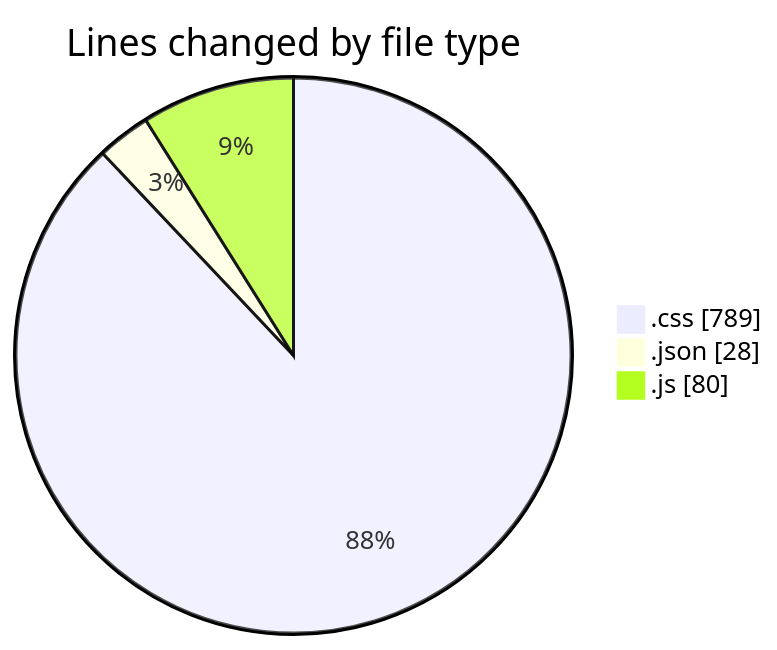
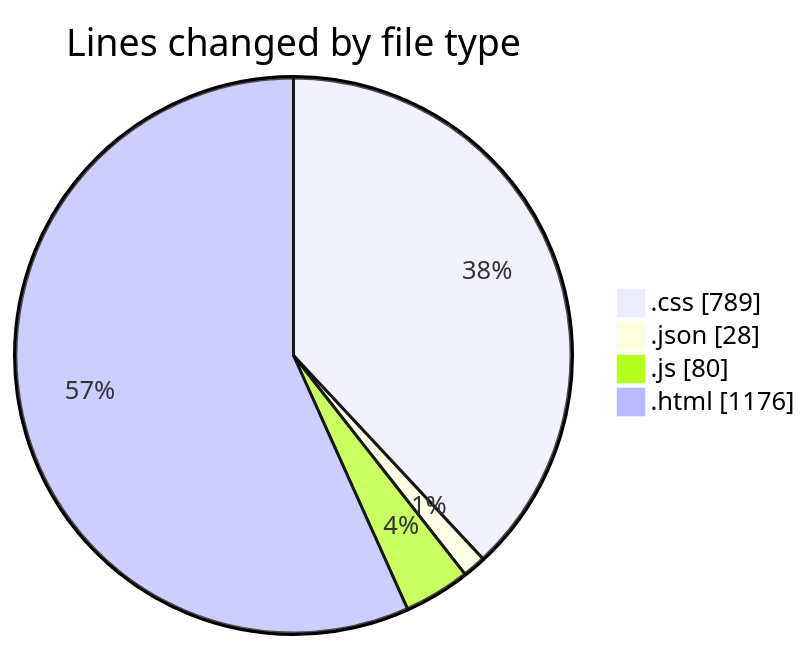
The first of 2 diagrams in 2026-02-18/bot_v1_2/README.md (becaeroporto-bot/code-tracking), drawn with Mermaid before and after one commit. The commit also changed other lines of this file and 1 other file, not shown here.

````diff
--- a/2026-02-18/bot_v1_2/README.md
+++ b/2026-02-18/bot_v1_2/README.md
@@ -22,7 +26,8 @@
 ```mermaid
 pie showData
 title Lines changed by file type
 ".css" : 789
 ".json" : 28
 ".js" : 80
+".html" : 1176
 ```
````
